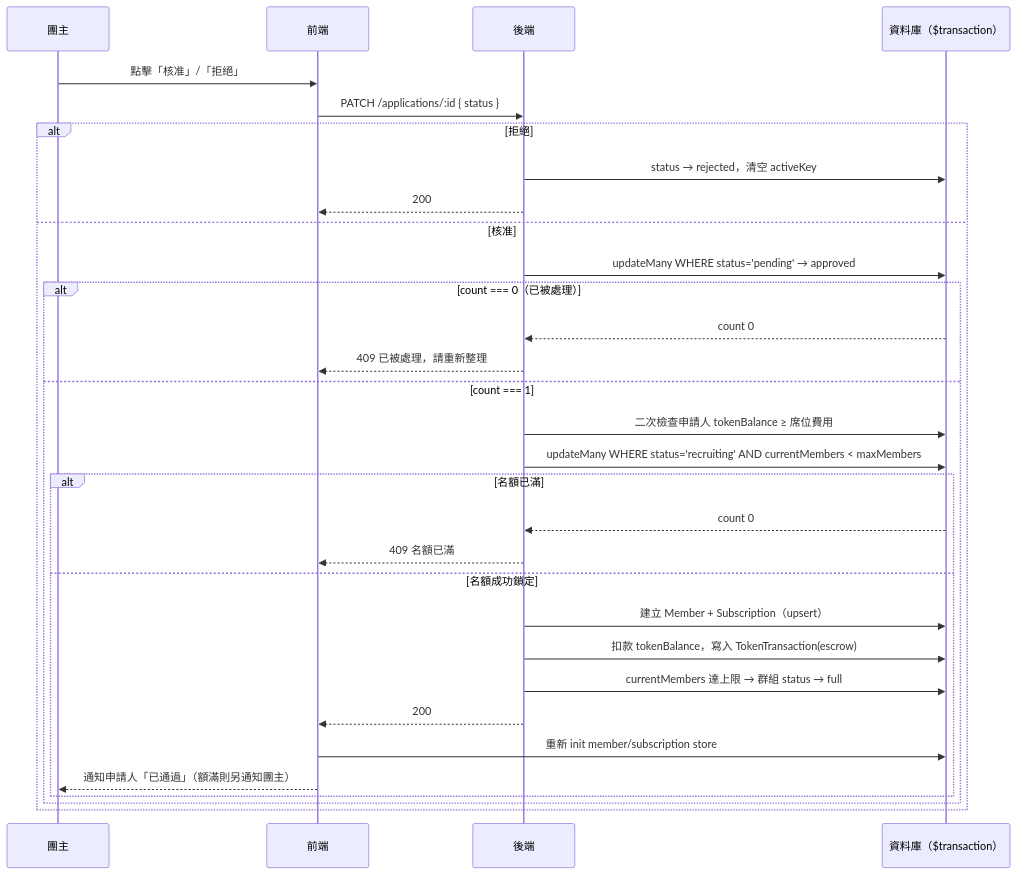
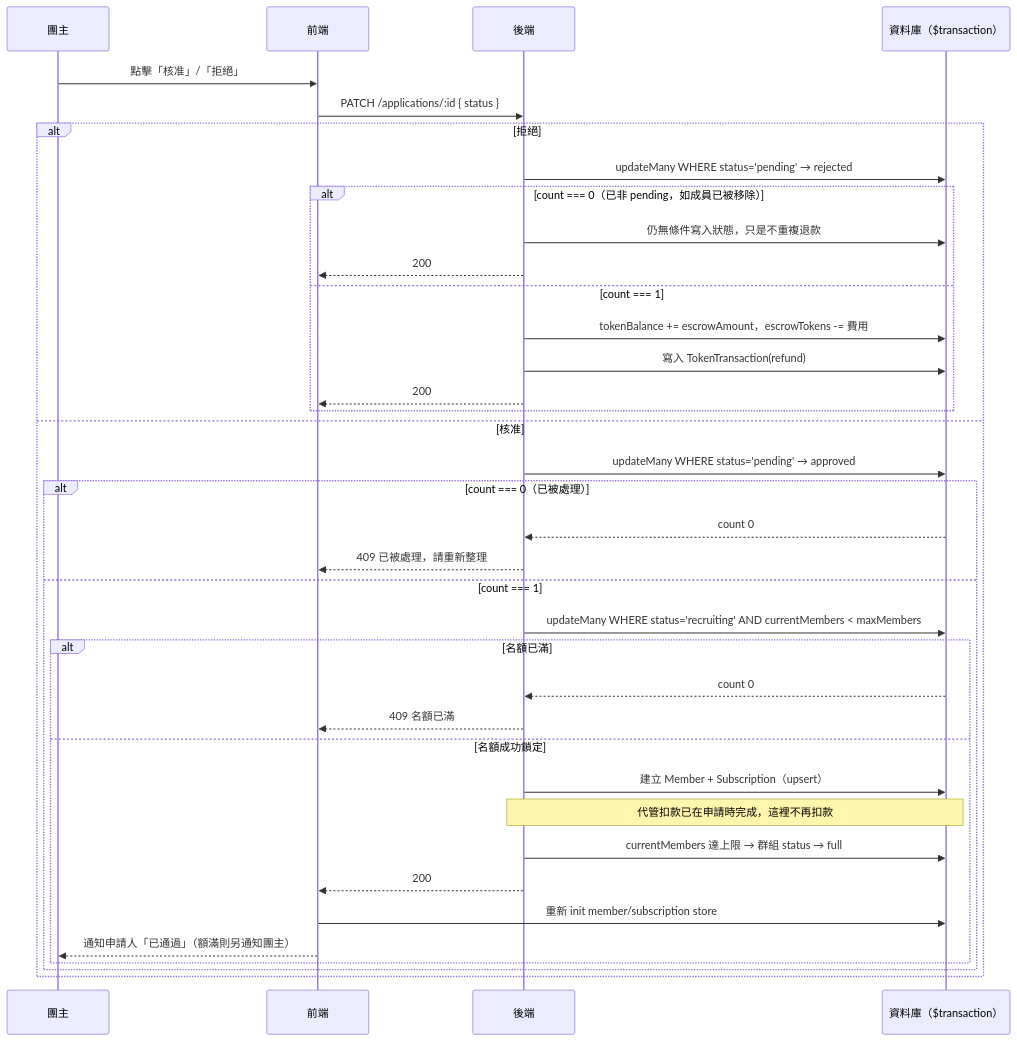
Before and after one commit to s1092055/PartyMatch: the diagram in docs/flows/approval-flow.md, drawn with Mermaid. The commit also changed other lines of this file and 20 other files, not shown here.

````diff
--- a/docs/flows/approval-flow.md
+++ b/docs/flows/approval-flow.md
@@ -8,35 +8,41 @@
 ```mermaid
 sequenceDiagram
     participant H as 團主
     participant FE as 前端
     participant BE as 後端
     participant DB as 資料庫（$transaction）
 
     H->>FE: 點擊「核准」/「拒絕」
     FE->>BE: PATCH /applications/:id { status }
 
     alt 拒絕
-        BE->>DB: status → rejected，清空 activeKey
-        BE-->>FE: 200
+        BE->>DB: updateMany WHERE status='pending' → rejected
+        alt count === 0（已非 pending，如成員已被移除）
+            BE->>DB: 仍無條件寫入狀態，只是不重複退款
+            BE-->>FE: 200
+        else count === 1
+            BE->>DB: tokenBalance += escrowAmount，escrowTokens -= 費用
+            BE->>DB: 寫入 TokenTransaction(refund)
+            BE-->>FE: 200
+        end
     else 核准
         BE->>DB: updateMany WHERE status='pending' → approved
         alt count === 0（已被處理）
             DB-->>BE: count 0
             BE-->>FE: 409 已被處理，請重新整理
         else count === 1
-            BE->>DB: 二次檢查申請人 tokenBalance ≥ 席位費用
             BE->>DB: updateMany WHERE status='recruiting' AND currentMembers < maxMembers
             alt 名額已滿
                 DB-->>BE: count 0
                 BE-->>FE: 409 名額已滿
             else 名額成功鎖定
                 BE->>DB: 建立 Member + Subscription（upsert）
-                BE->>DB: 扣款 tokenBalance，寫入 TokenTransaction(escrow)
+                Note over BE,DB: 代管扣款已在申請時完成，這裡不再扣款
                 BE->>DB: currentMembers 達上限 → 群組 status → full
                 BE-->>FE: 200
                 FE->>DB: 重新 init member/subscription store
                 FE-->>H: 通知申請人「已通過」（額滿則另通知團主）
             end
         end
     end
 ```
````
